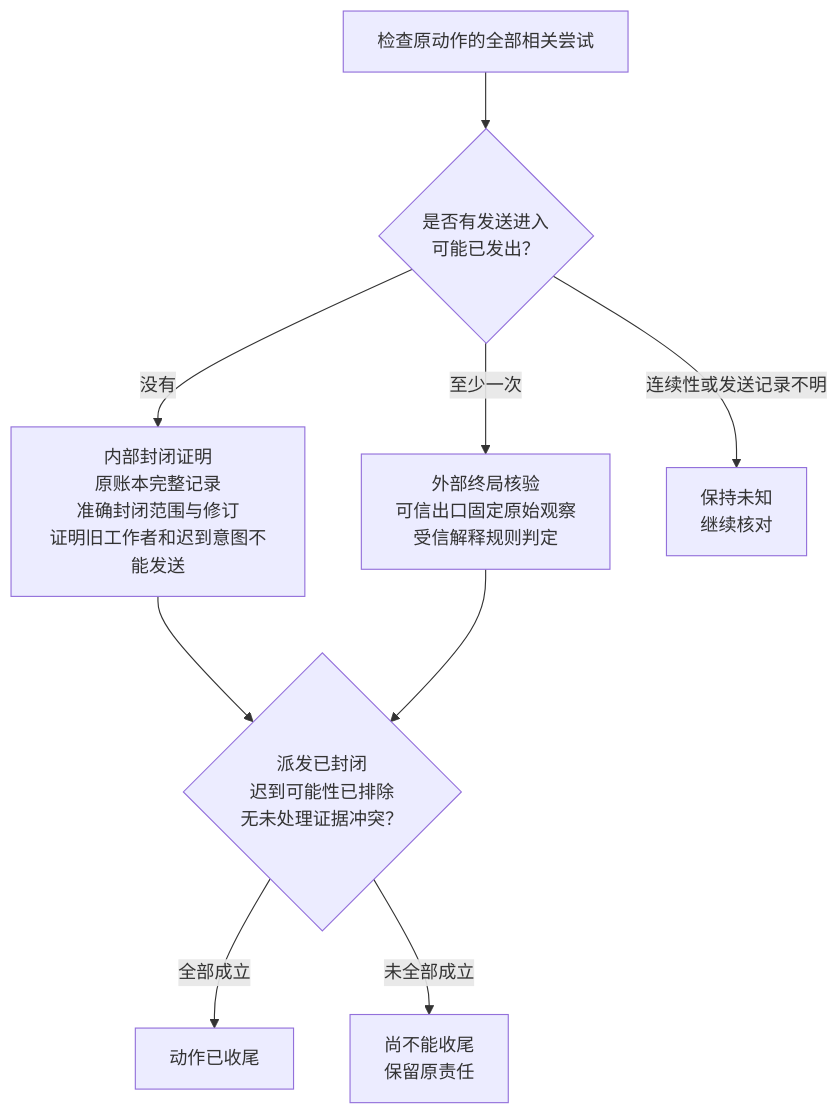
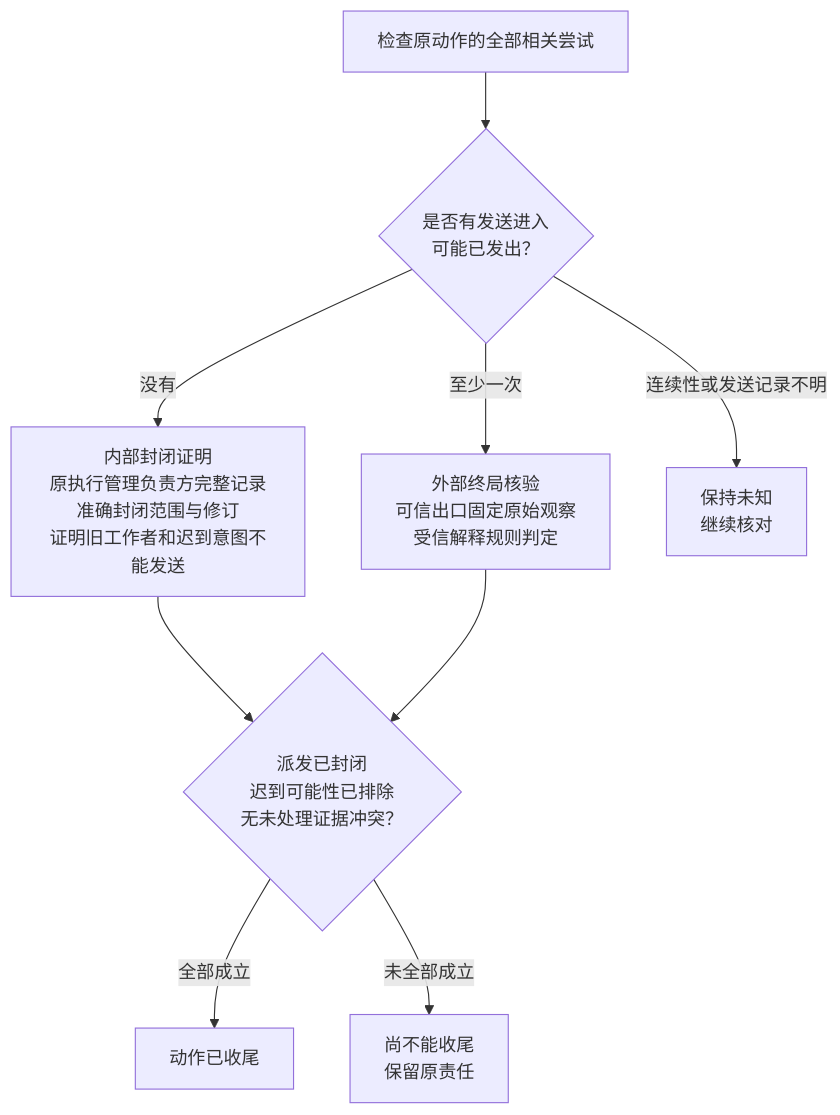
One commit to ruipengliu/lerna changed the diagram in docs/architecture/core/ledger/README.md. Above: the diagram before and after it, drawn with Mermaid. The commit also changed other lines of this file and 48 other files, not shown here.

Commit message:
docs: clarify architecture contracts and diagrams

````diff
--- a/docs/architecture/core/ledger/README.md
+++ b/docs/architecture/core/ledger/README.md
@@ -114,11 +118,11 @@
 ```mermaid
 flowchart TB
     Start["检查原动作的全部相关尝试"] --> History{"是否有发送进入<br/>可能已发出？"}
-    History -->|没有| Internal["内部封闭证明<br/>原账本完整记录<br/>准确封闭范围与修订<br/>证明旧工作者和迟到意图不能发送"]
+    History -->|没有| Internal["内部封闭证明<br/>原执行管理负责方完整记录<br/>准确封闭范围与修订<br/>证明旧工作者和迟到意图不能发送"]
     History -->|至少一次| External["外部终局核验<br/>可信出口固定原始观察<br/>受信解释规则判定"]
     History -->|连续性或发送记录不明| Unknown["保持未知<br/>继续核对"]
     Internal --> Gate{"派发已封闭<br/>迟到可能性已排除<br/>无未处理证据冲突？"}
     External --> Gate
     Gate -->|全部成立| Settled["动作已收尾"]
     Gate -->|未全部成立| Open["尚不能收尾<br/>保留原责任"]
 ```
````
